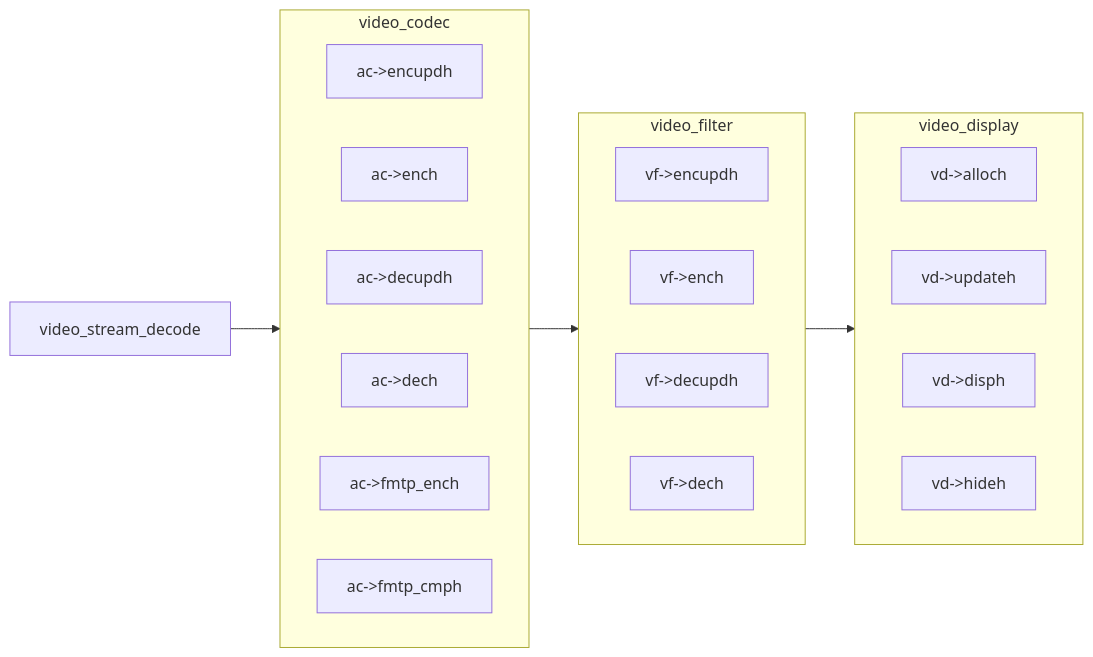
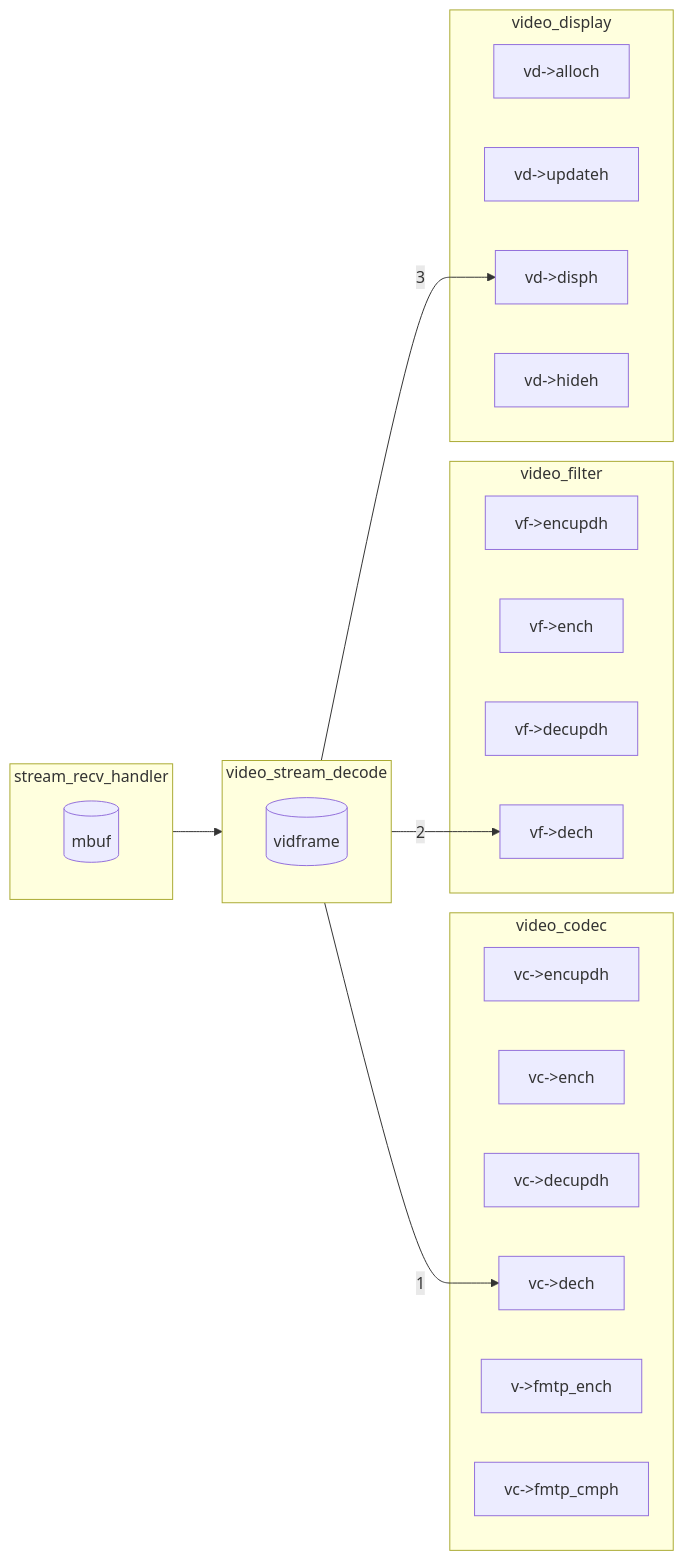
One commit to lankahsu520/HelperX changed the seventh of 18 diagrams in helper_baresip.md. Above: the diagram before and after it, drawn with Mermaid. The commit also changed other lines of this file, not shown here.

Commit message:
update helper_baresip.md, the flow of encode/decode

````diff
--- a/helper_baresip.md
+++ b/helper_baresip.md
@@ -109,28 +109,35 @@
 ```mermaid
 flowchart LR
-	video_stream_decode --> video_codec --> video_filter --> video_display
-	
 	subgraph video_codec
-		direction LR
-		vc-encupdh[ac->encupdh]
-		vc-ench[ac->ench]
-		vc-decupdh[ac->decupdh]
-		vc-dech[ac->dech]
-		vc-fmtp_ench[ac->fmtp_ench]
-		vc-fmtp_cmph[ac->fmtp_cmph]
+		vc-encupdh[vc->encupdh]
+		vc-ench[vc->ench]
+		vc-decupdh[vc->decupdh]
+		vc-dech[vc->dech]
+		vc-fmtp_ench[v->fmtp_ench]
+		vc-fmtp_cmph[vc->fmtp_cmph]
 	end
 	subgraph video_filter
-		direction LR
 		vf-encupdh[vf->encupdh]
 		vf-ench[vf->ench]
 		vf-decupdh[vf->decupdh]
 		vf-dech[vf->dech]
 	end
 	subgraph video_display
-		direction LR
 		vd-alloch[vd->alloch]
 		vd-updateh[vd->updateh]
 		vd-disph[vd->disph]
 		vd-hideh[vd->hideh]
 	end
+	subgraph video_stream_decode
+		vidframe[(vidframe)]
+	end
+	subgraph stream_recv_handler
+		mbuf[(mbuf)]
+	end
+
+	stream_recv_handler --> video_stream_decode
+		video_stream_decode --> |1|vc-dech
+		video_stream_decode --> |2|vf-dech
+		video_stream_decode --> |3|vd-disph
+	
 ```
````
